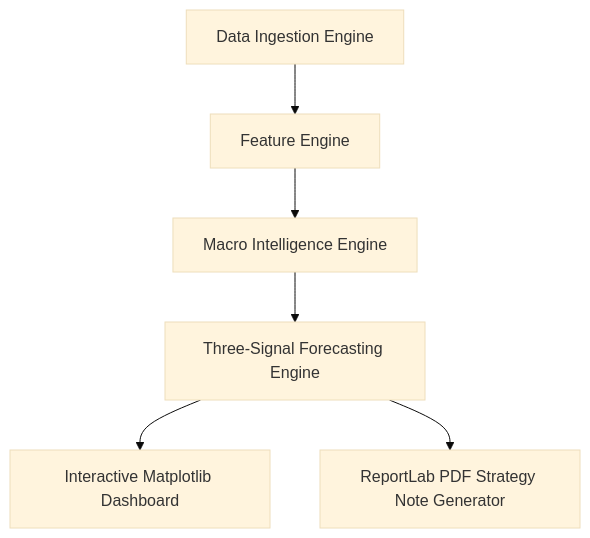
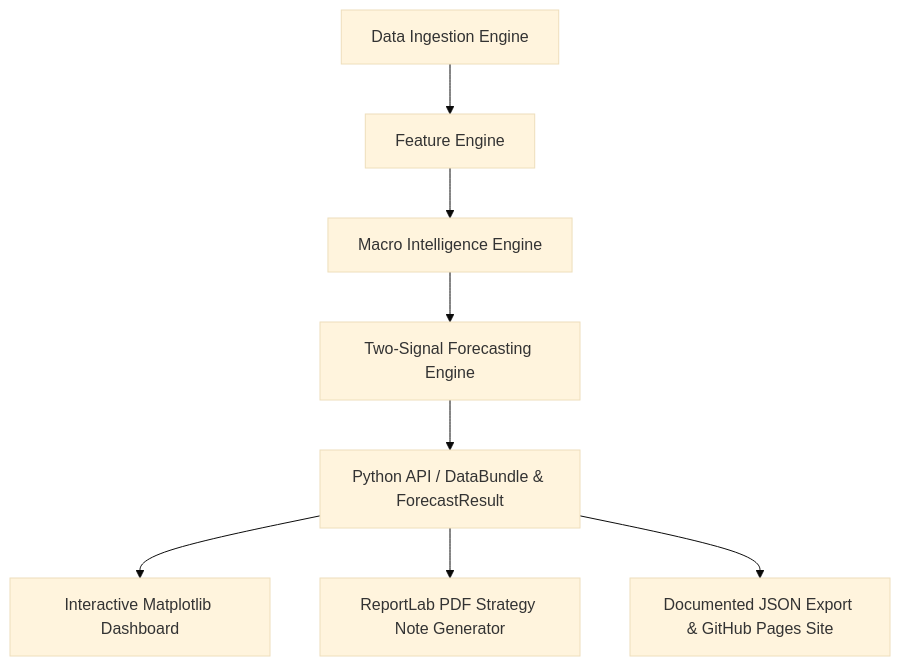
One commit to VIJNESH200/macro_intelligence_platform changed the diagram in README.md. Above: the diagram before and after it, drawn with Mermaid (base theme). The commit also changed other lines of this file, not shown here.

Commit message:
docs: update README with Phase 1-4 API, statistical tests, JSON schema, and quickstart usage

````diff
--- a/README.md
+++ b/README.md
@@ -59,8 +64,10 @@
 ```mermaid
 flowchart TD
     A[Data Ingestion Engine] --> B[Feature Engine]
     B --> C[Macro Intelligence Engine]
-    C --> D[Three-Signal Forecasting Engine]
-    D --> E[Interactive Matplotlib Dashboard]
-    D --> F[ReportLab PDF Strategy Note Generator]
+    C --> D[Two-Signal Forecasting Engine]
+    D --> E[Python API / DataBundle & ForecastResult]
+    E --> F[Interactive Matplotlib Dashboard]
+    E --> G[ReportLab PDF Strategy Note Generator]
+    E --> H[Documented JSON Export & GitHub Pages Site]
 ```
````
